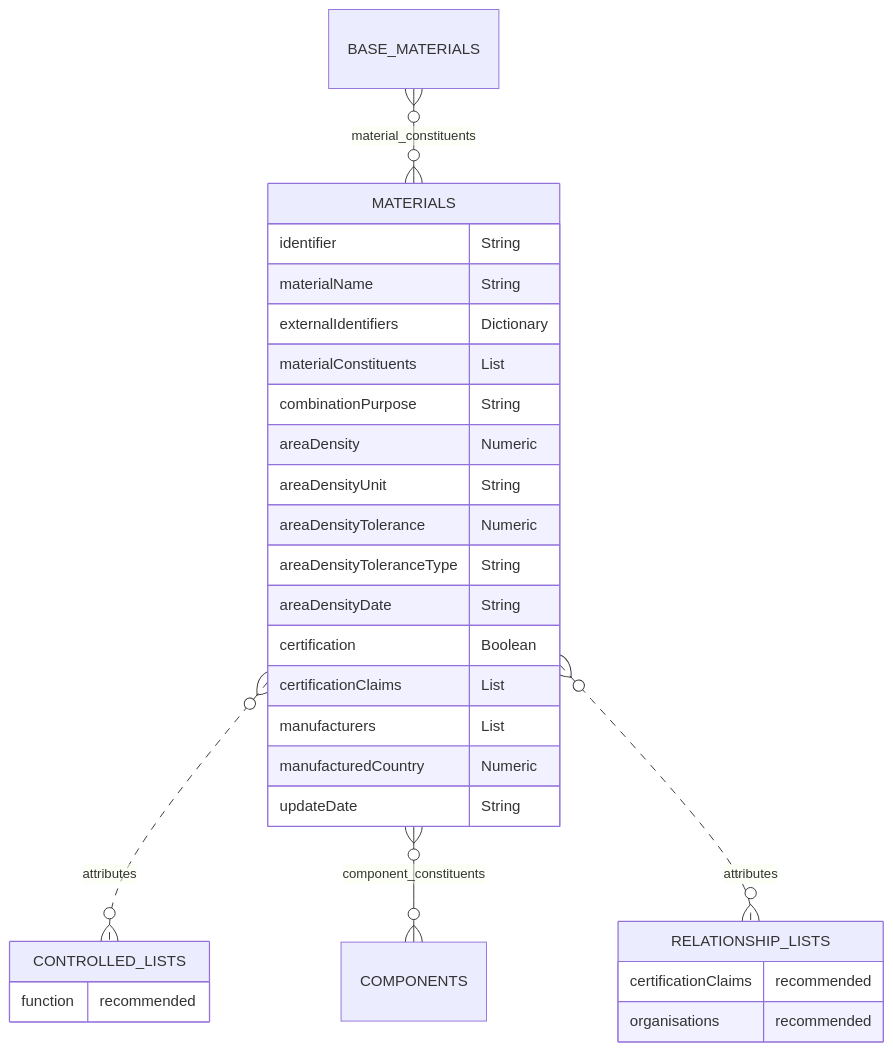
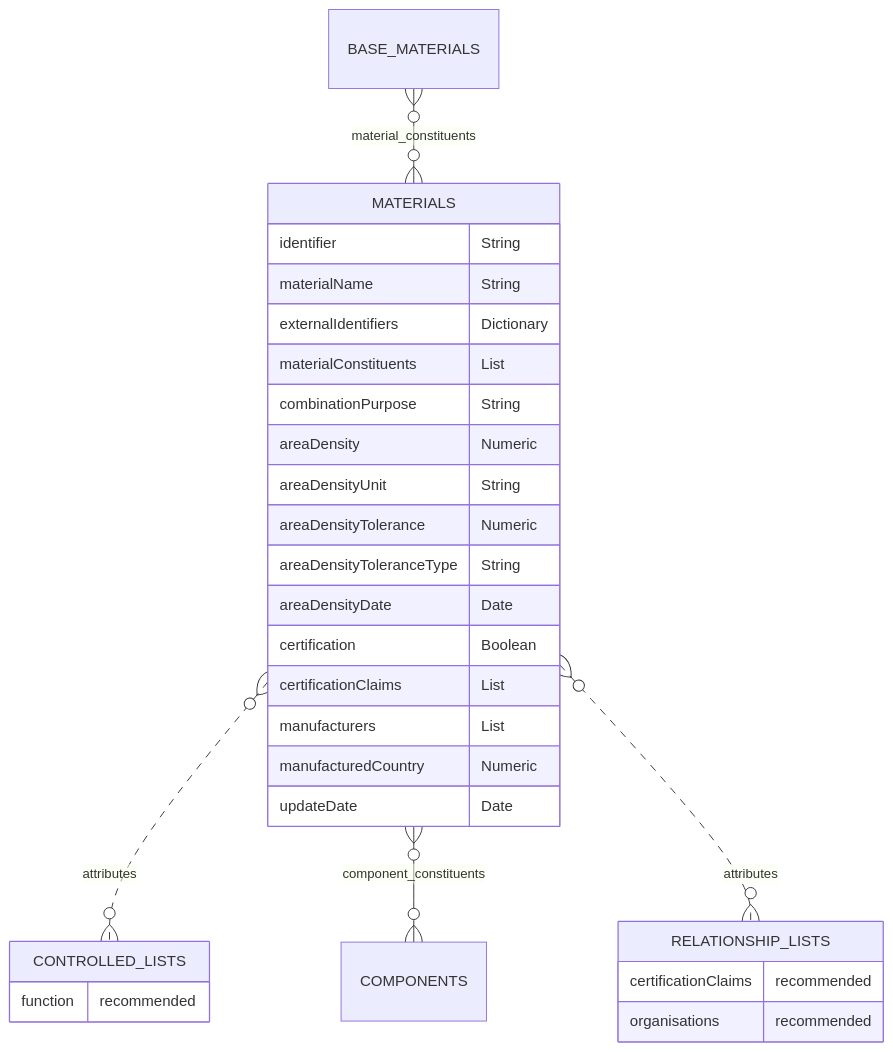
Before and after one commit to OpenDataManchester/Open3P: the diagram in docs/3_Data_Specification/3_2_Materials.md, drawn with Mermaid. The commit also changed other lines of this file, not shown here.

Commit message:
Update date to ISO 8601

````diff
--- a/docs/3_Data_Specification/3_2_Materials.md
+++ b/docs/3_Data_Specification/3_2_Materials.md
@@ -31,31 +31,31 @@
 ``` mermaid
 erDiagram
 BASE_MATERIALS }o--o{ MATERIALS : material_constituents
   MATERIALS {
     identifier String
     materialName String
     externalIdentifiers Dictionary
     materialConstituents List
     combinationPurpose String
     areaDensity Numeric
     areaDensityUnit String
     areaDensityTolerance Numeric
     areaDensityToleranceType String
-    areaDensityDate String
+    areaDensityDate Date
     certification Boolean
     certificationClaims List
     manufacturers List
     manufacturedCountry Numeric
-    updateDate String
+    updateDate Date
   }
   MATERIALS }o..o{ CONTROLLED_LISTS : attributes
   MATERIALS }o--o{ COMPONENTS : component_constituents
   MATERIALS }o..o{ RELATIONSHIP_LISTS : attributes
         CONTROLLED_LISTS {
     function recommended
     }
         RELATIONSHIP_LISTS {
     certificationClaims recommended
     organisations recommended
       }
 ```
````
